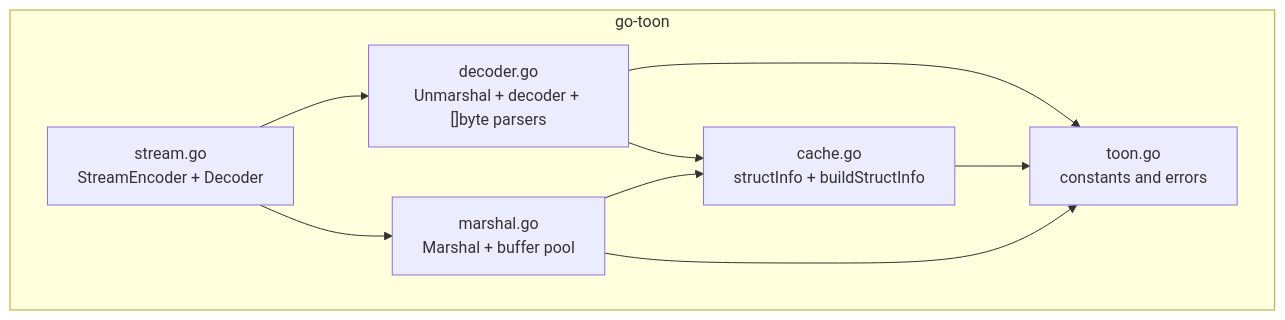
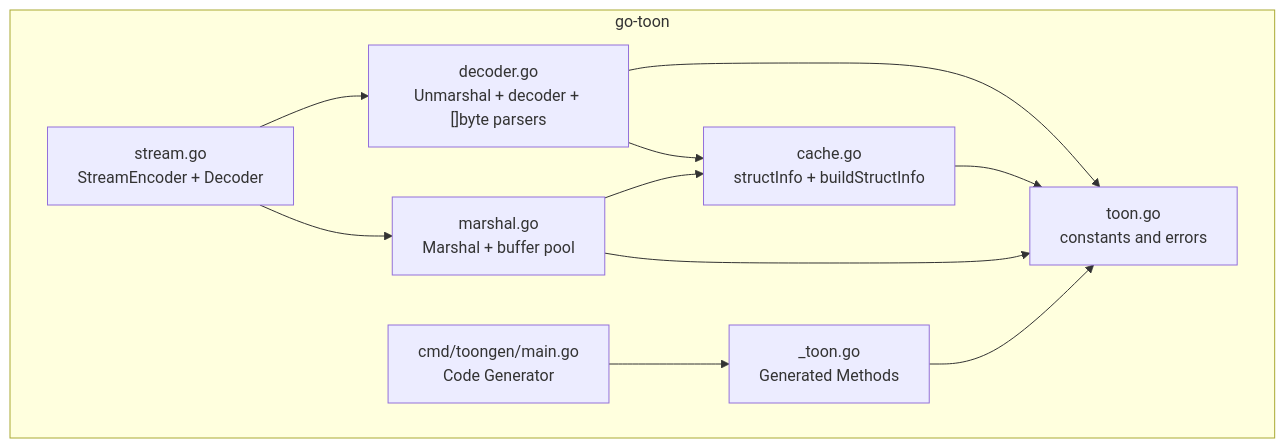
Before and after one commit to OTumanov/go-toon: the first of 4 diagrams in .qoder/repowiki/en/content/Performance and Optimization.md, drawn with Mermaid. The commit also changed other lines of this file and 11 other files, not shown here.

First line of the commit message:
feat: add Pre-flight Schema + Token Calculator to toongen

````diff
--- a/.qoder/repowiki/en/content/Performance and Optimization.md
+++ b/.qoder/repowiki/en/content/Performance and Optimization.md
@@ -52,17 +56,21 @@
 ```mermaid
 graph TB
 subgraph "go-toon"
 T["toon.go<br/>constants and errors"]
 C["cache.go<br/>structInfo + buildStructInfo"]
 D["decoder.go<br/>Unmarshal + decoder + []byte parsers"]
 M["marshal.go<br/>Marshal + buffer pool"]
 S["stream.go<br/>StreamEncoder + Decoder"]
+G["cmd/toongen/main.go<br/>Code Generator"]
+E["_toon.go<br/>Generated Methods"]
 end
 D --> C
 D --> T
 C --> T
 M --> C
 M --> T
 S --> D
 S --> M
+G --> E
+E --> T
 ```
````
